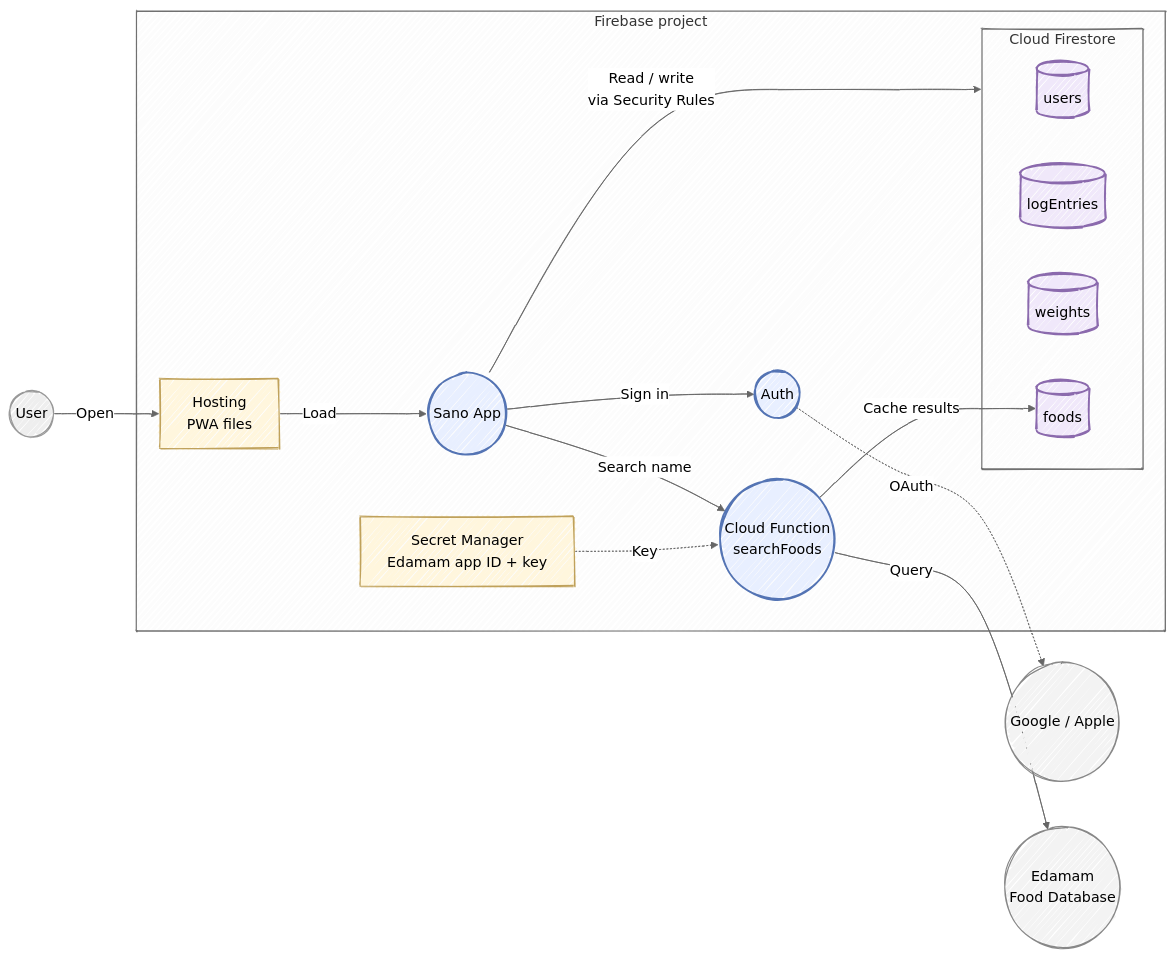
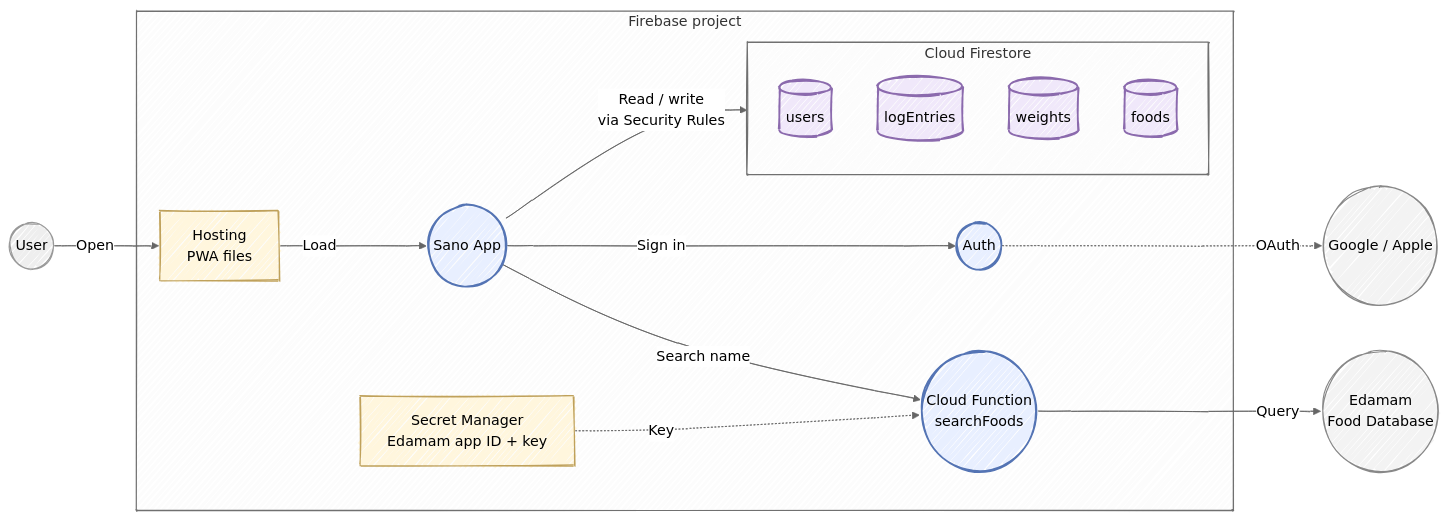
The first of 4 diagrams in docs/mvp.md (ai-rayven/wellness-ai), drawn with Mermaid before and after one commit. The commit also changed other lines of this file, not shown here.

First line of the commit message:
Simplify data model: drop custom foods, add food metadata

````diff
--- a/docs/mvp.md
+++ b/docs/mvp.md
@@ -25,44 +25,43 @@
 ```mermaid
 ---
 config:
   look: handDrawn
   theme: neutral
 ---
 flowchart LR
     user(("User"))
     social(("Google / Apple"))
     edamam(("Edamam<br/>Food Database"))
 
     subgraph fb["Firebase project"]
         hosting["Hosting<br/>PWA files"]
         app(("Sano App"))
         auth(("Auth"))
         fn(("Cloud Function<br/>searchFoods"))
         secret["Secret Manager<br/>Edamam app ID + key"]
         subgraph fs["Cloud Firestore"]
             users[("users")]
             logs[("logEntries")]
             weights[("weights")]
             foods[("foods")]
         end
     end
 
     user -->|"Open"| hosting
     hosting -->|"Load"| app
     app -->|"Sign in"| auth
     auth -.->|"OAuth"| social
     app -->|"Read / write<br/>via Security Rules"| fs
     app -->|"Search name"| fn
     secret -.->|"Key"| fn
     fn -->|"Query"| edamam
-    fn -->|"Cache results"| foods
 
     classDef service fill:#e8efff,stroke:#5474b4,stroke-width:2px
     classDef store fill:#f0e8fa,stroke:#8b6aad,stroke-width:2px
     classDef artifact fill:#fff6dd,stroke:#bfa15b
     classDef external fill:#f3f3f3,stroke:#888
     class app,auth,fn service
     class users,foods,logs,weights store
     class hosting,secret artifact
     class social,edamam external
 ```
````
